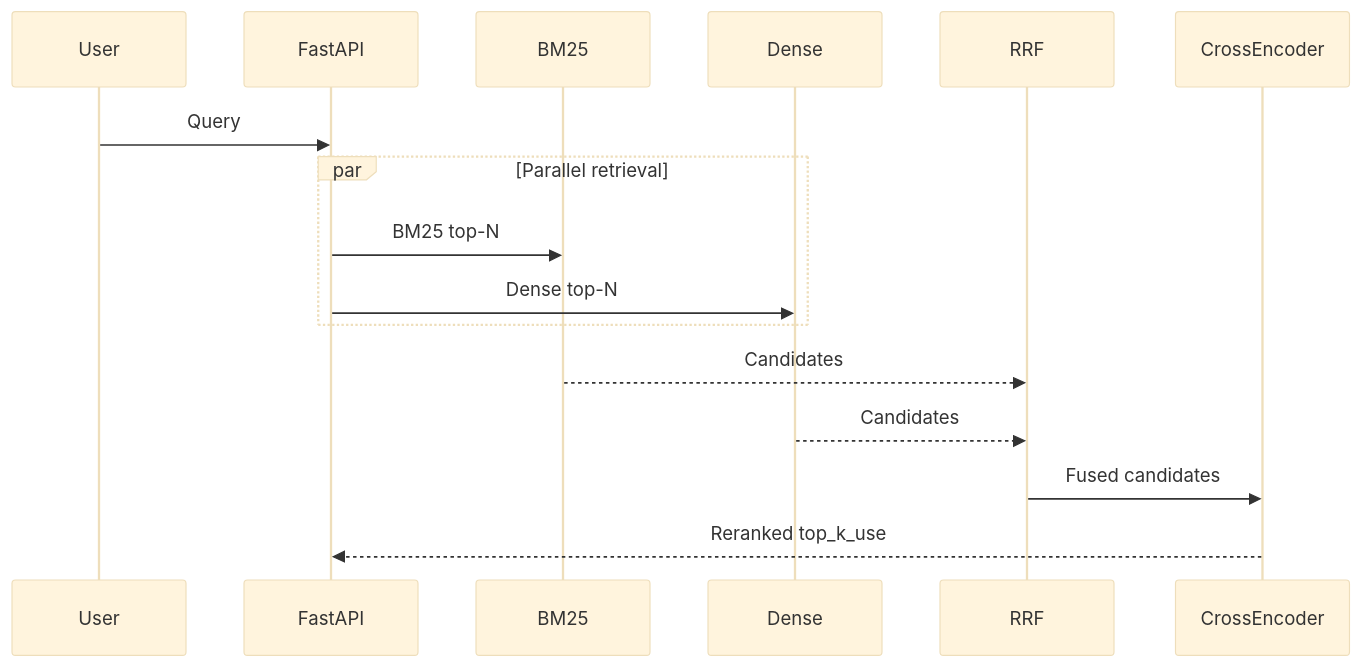
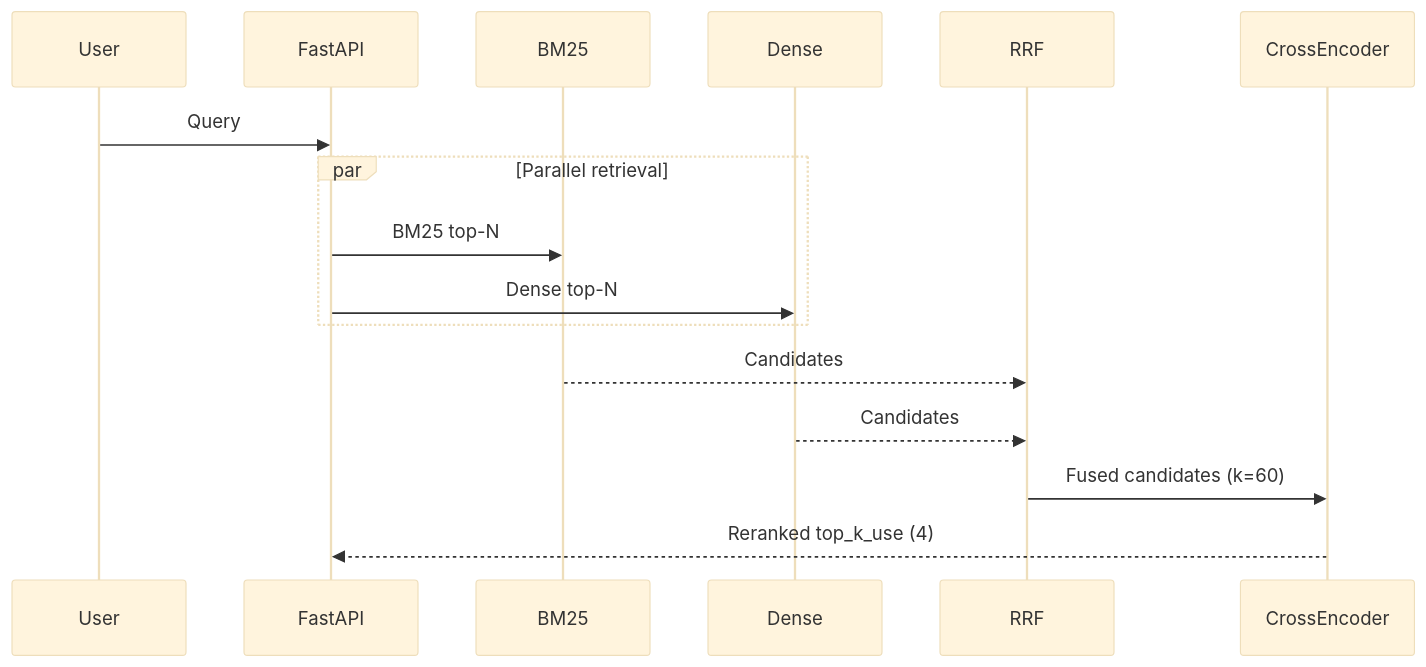
Before and after one commit to kanishka-namdeo/jev-rag: the second of 5 diagrams in docs/architecture.md, drawn with Mermaid (base theme). The commit also changed other lines of this file and 18 other files, not shown here.

````diff
--- a/docs/architecture.md
+++ b/docs/architecture.md
@@ -66,19 +60,19 @@
 ```mermaid
 sequenceDiagram
     participant User
     participant FastAPI
     participant BM25
     participant Dense
     participant RRF
     participant CrossEncoder
-    
+
     User->>FastAPI: Query
     par Parallel retrieval
         FastAPI->>BM25: BM25 top-N
         FastAPI->>Dense: Dense top-N
     end
     BM25-->>RRF: Candidates
     Dense-->>RRF: Candidates
-    RRF->>CrossEncoder: Fused candidates
-    CrossEncoder-->>FastAPI: Reranked top_k_use
+    RRF->>CrossEncoder: Fused candidates (k=60)
+    CrossEncoder-->>FastAPI: Reranked top_k_use (4)
 ```
````
